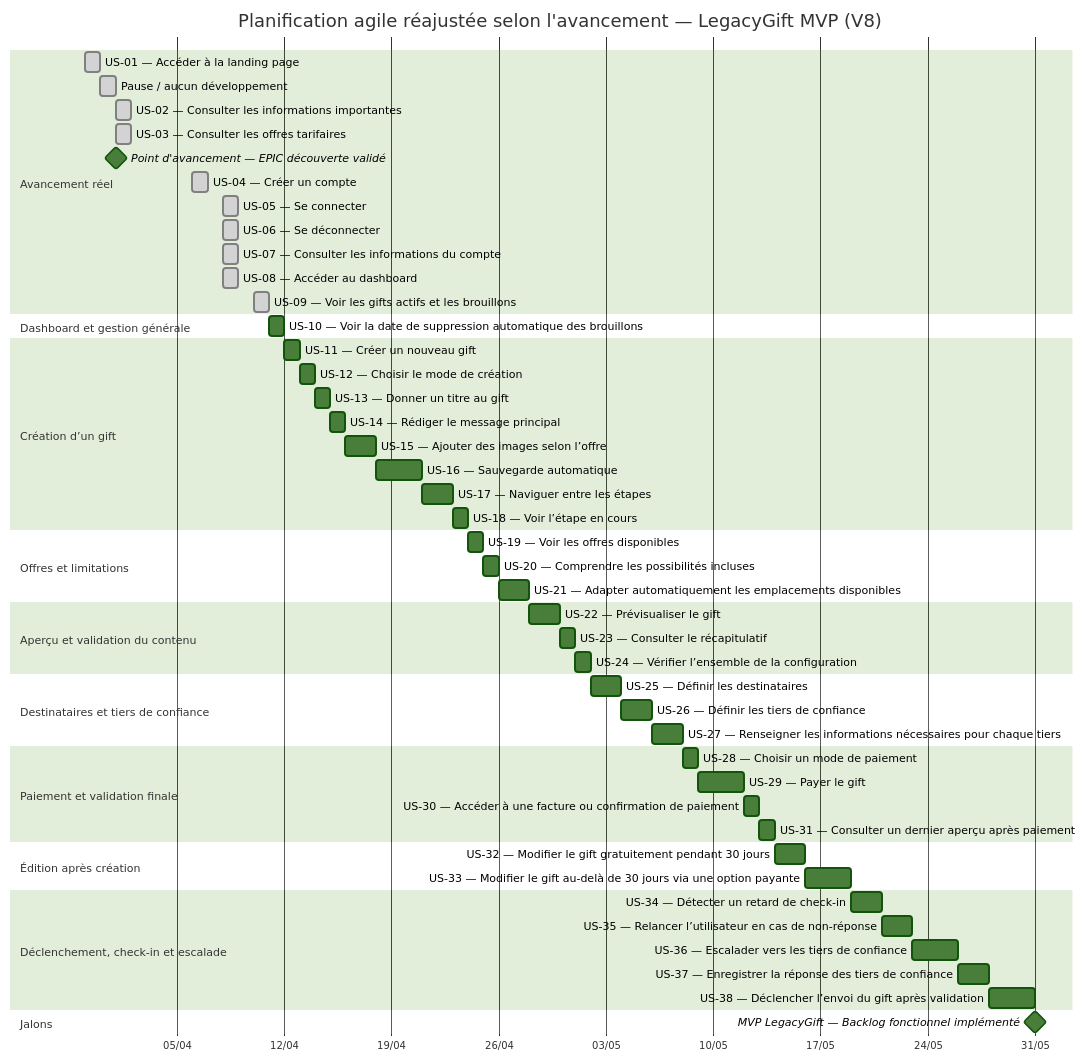
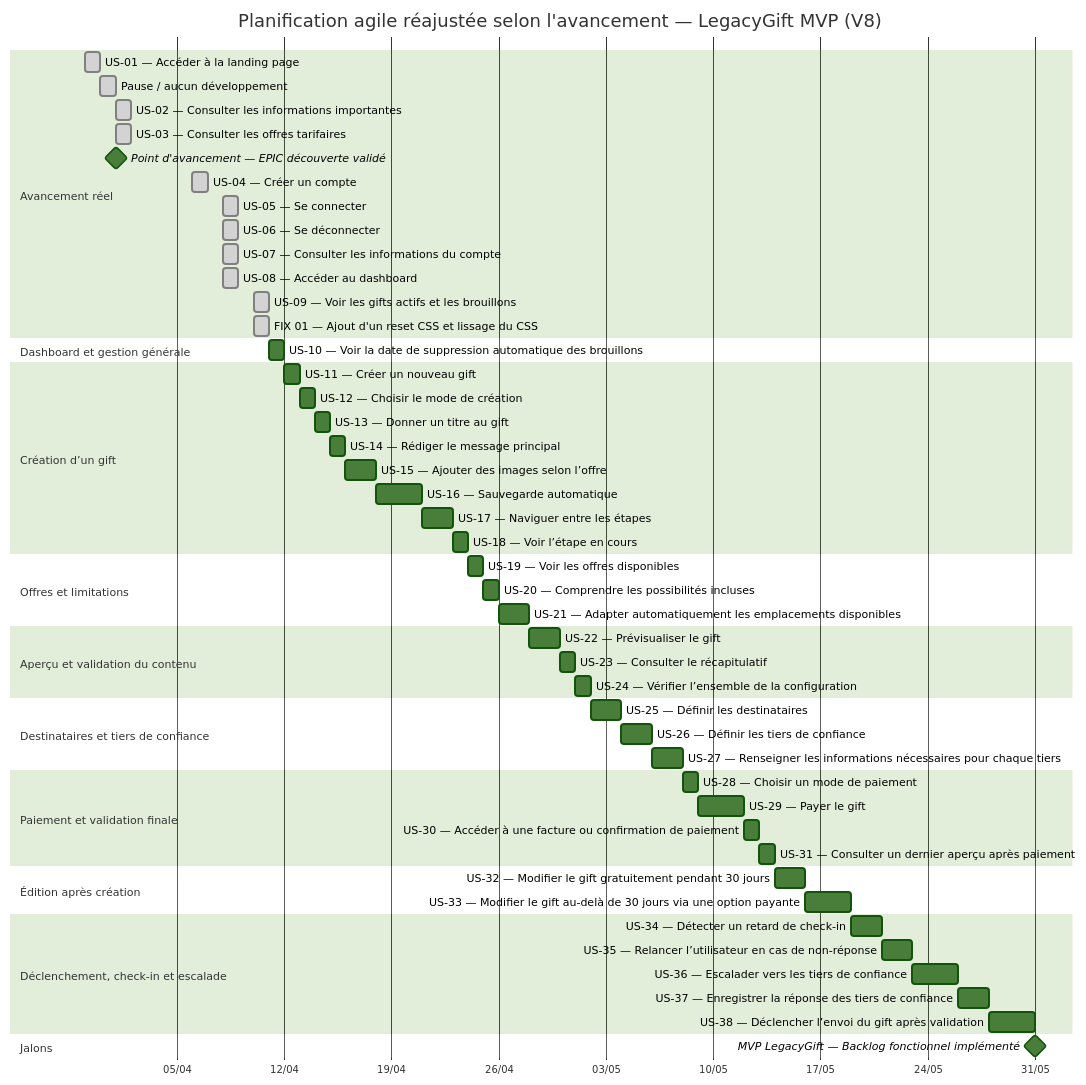
One commit to JeremDevX/Project-CDA changed the diagram in _gantt-version/gantt-V8.mermaid. Above: the diagram before and after it, drawn with Mermaid (forest theme). The commit also changed 3 other files, not shown here.

Commit message:
feat: add global CSS reset and harmonize existing styles for improved maintenance

```diff
--- a/_gantt-version/gantt-V8.mermaid
+++ b/_gantt-version/gantt-V8.mermaid
@@ -1,73 +1,74 @@
 gantt
     title Planification agile réajustée selon l'avancement — LegacyGift MVP (V8)
     dateFormat  YYYY-MM-DD
     axisFormat  %d/%m
     todayMarker off
 
     %% Réalisé
     section Avancement réel
     US-01 — Accéder à la landing page                                  :done, us01, 2026-03-30, 1d
     Pause / aucun développement                                        :done, pause01, 2026-03-31, 1d
     US-02 — Consulter les informations importantes                     :done, us02, 2026-04-01, 1d
     US-03 — Consulter les offres tarifaires                            :done, us03, 2026-04-01, 1d
     Point d'avancement — EPIC découverte validé                        :milestone, m0, 2026-04-01, 0d
     US-04 — Créer un compte                                            :done, us04, 2026-04-06, 1d
     US-05 — Se connecter                                               :done, us05, 2026-04-08, 1d
     US-06 — Se déconnecter                                             :done, us06, 2026-04-08, 1d
     US-07 — Consulter les informations du compte                       :done, us07, 2026-04-08, 1d
     US-08 — Accéder au dashboard                                       :done, us08, 2026-04-08, 1d
     US-09 — Voir les gifts actifs et les brouillons                    :done, us09, 2026-04-10, 1d
+    FIX 01 — Ajout d'un reset CSS et lissage du CSS                    :done, fix01, 2026-04-10, 1d
 
     %% Prévisionnel mis à jour selon le rythme observé :
     %% SP 1 = 1 jour
     %% SP 2 = 1 jour
     %% SP 3 = 2 jours
     %% SP 5 = 3 jours
 
     section Dashboard et gestion générale
     US-10 — Voir la date de suppression automatique des brouillons     :us10, after us09, 1d
 
     section Création d’un gift
     US-11 — Créer un nouveau gift                                      :us11, after us10, 1d
     US-12 — Choisir le mode de création                                :us12, after us11, 1d
     US-13 — Donner un titre au gift                                    :us13, after us12, 1d
     US-14 — Rédiger le message principal                               :us14, after us13, 1d
     US-15 — Ajouter des images selon l’offre                           :us15, after us14, 2d
     US-16 — Sauvegarde automatique                                     :us16, after us15, 3d
     US-17 — Naviguer entre les étapes                                  :us17, after us16, 2d
     US-18 — Voir l’étape en cours                                      :us18, after us17, 1d
 
     section Offres et limitations
     US-19 — Voir les offres disponibles                                :us19, after us18, 1d
     US-20 — Comprendre les possibilités incluses                       :us20, after us19, 1d
     US-21 — Adapter automatiquement les emplacements disponibles       :us21, after us20, 2d
 
     section Aperçu et validation du contenu
     US-22 — Prévisualiser le gift                                      :us22, after us21, 2d
     US-23 — Consulter le récapitulatif                                 :us23, after us22, 1d
     US-24 — Vérifier l’ensemble de la configuration                    :us24, after us23, 1d
 
     section Destinataires et tiers de confiance
     US-25 — Définir les destinataires                                  :us25, after us24, 2d
     US-26 — Définir les tiers de confiance                             :us26, after us25, 2d
     US-27 — Renseigner les informations nécessaires pour chaque tiers  :us27, after us26, 2d
 
     section Paiement et validation finale
     US-28 — Choisir un mode de paiement                                :us28, after us27, 1d
     US-29 — Payer le gift                                              :us29, after us28, 3d
     US-30 — Accéder à une facture ou confirmation de paiement          :us30, after us29, 1d
     US-31 — Consulter un dernier aperçu après paiement                 :us31, after us30, 1d
 
     section Édition après création
     US-32 — Modifier le gift gratuitement pendant 30 jours             :us32, after us31, 2d
     US-33 — Modifier le gift au-delà de 30 jours via une option payante:us33, after us32, 3d
 
     section Déclenchement, check-in et escalade
     US-34 — Détecter un retard de check-in                             :us34, after us33, 2d
     US-35 — Relancer l’utilisateur en cas de non-réponse               :us35, after us34, 2d
     US-36 — Escalader vers les tiers de confiance                      :us36, after us35, 3d
     US-37 — Enregistrer la réponse des tiers de confiance              :us37, after us36, 2d
     US-38 — Déclencher l’envoi du gift après validation                :us38, after us37, 3d
 
     section Jalons
     MVP LegacyGift — Backlog fonctionnel implémenté                    :milestone, m1, after us38, 0d
```
